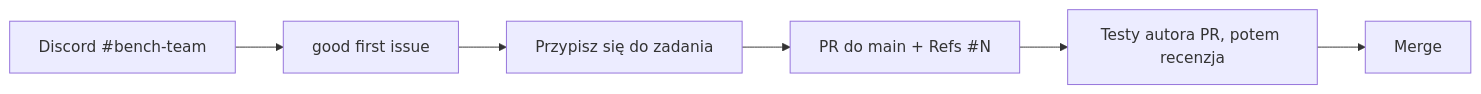
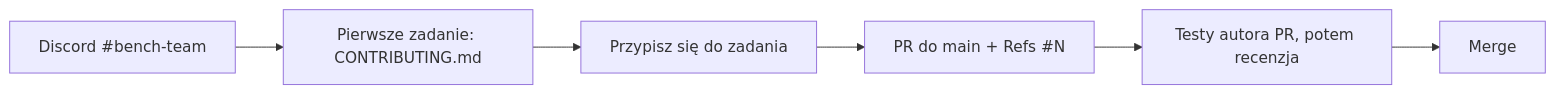
One commit to slayerlabs/benchmarks-fabryka-ai changed the diagram in README.md. Above: the diagram before and after it, drawn with Mermaid. The commit also changed other lines of this file and 2 other files, not shown here.

First line of the commit message:
docs: jedna droga startu nowej osoby w CONTRIBUTING.md

````diff
--- a/README.md
+++ b/README.md
@@ -24,7 +22,7 @@
 ```mermaid
 flowchart LR
-  A[Discord #bench-team] --> B[good first issue]
+  A[Discord #bench-team] --> B[Pierwsze zadanie: CONTRIBUTING.md]
   B --> C[Przypisz się do zadania]
   C --> D[PR do main + Refs #N]
   D --> E[Testy autora PR, potem recenzja] --> F[Merge]
 ```
````
